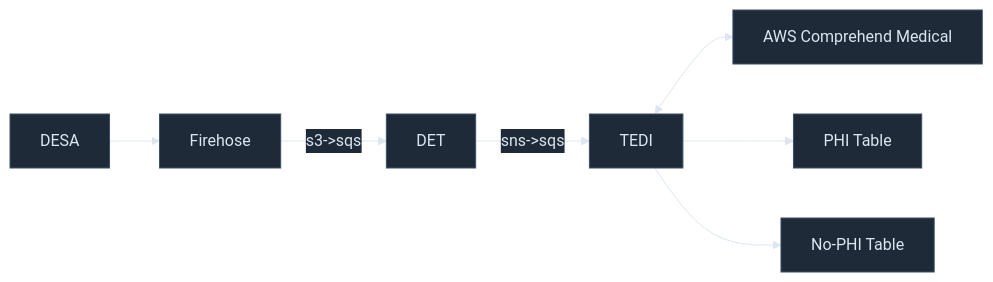
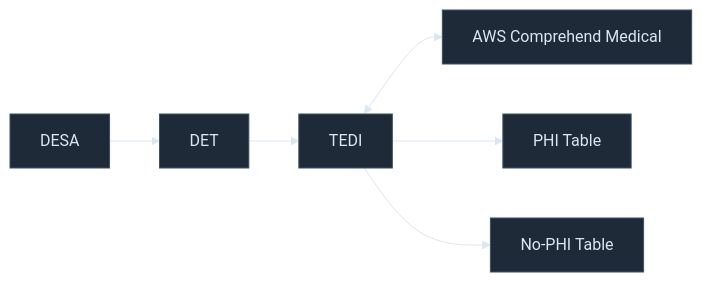
The first of 5 diagrams in pages/03-functional.md (mosh-ja/itl-presentation), drawn with Mermaid before and after one commit. The commit also changed other lines of this file and 11 other files, not shown here.

````diff
--- a/pages/03-functional.md
+++ b/pages/03-functional.md
@@ -13,29 +15,27 @@
 ```mermaid
 %%{init: {
   'theme': 'base',
   'themeVariables': {
     'background': '#0B0F14',
     'primaryColor': '#1e2a38',
     'primaryBorderColor': '#3a5068',
     'primaryTextColor': '#dce6f0',
     'lineColor': '#dce6f0',
     'edgeColor': '#7ab8e0',
     'edgeLabelBackground': '#1e2a38'
   }
 }}%%
 graph LR
     DESA
-    Firehose
     DET
     TEDI
     CM["AWS Comprehend Medical"]
     PHI_TB["PHI Table"]
     NOPHI_TB["No-PHI Table"]
 
-    DESA --> Firehose
-    Firehose --> |"s3->sqs"| DET
-    DET --> |"sns->sqs"| TEDI
+    DESA --> DET
+    DET --> TEDI
     TEDI <--> CM
     TEDI --> PHI_TB
     TEDI --> NOPHI_TB
 ```
````
